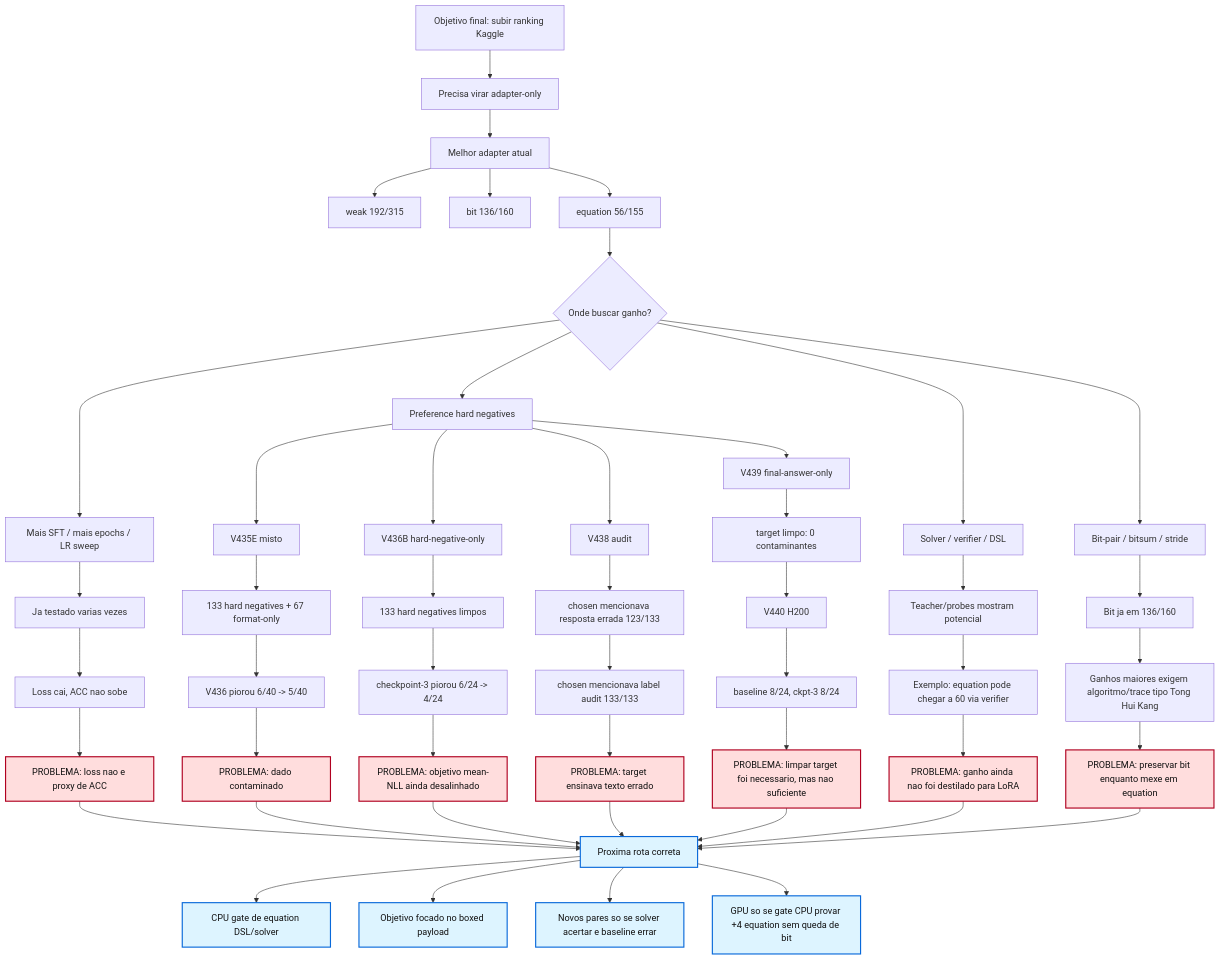
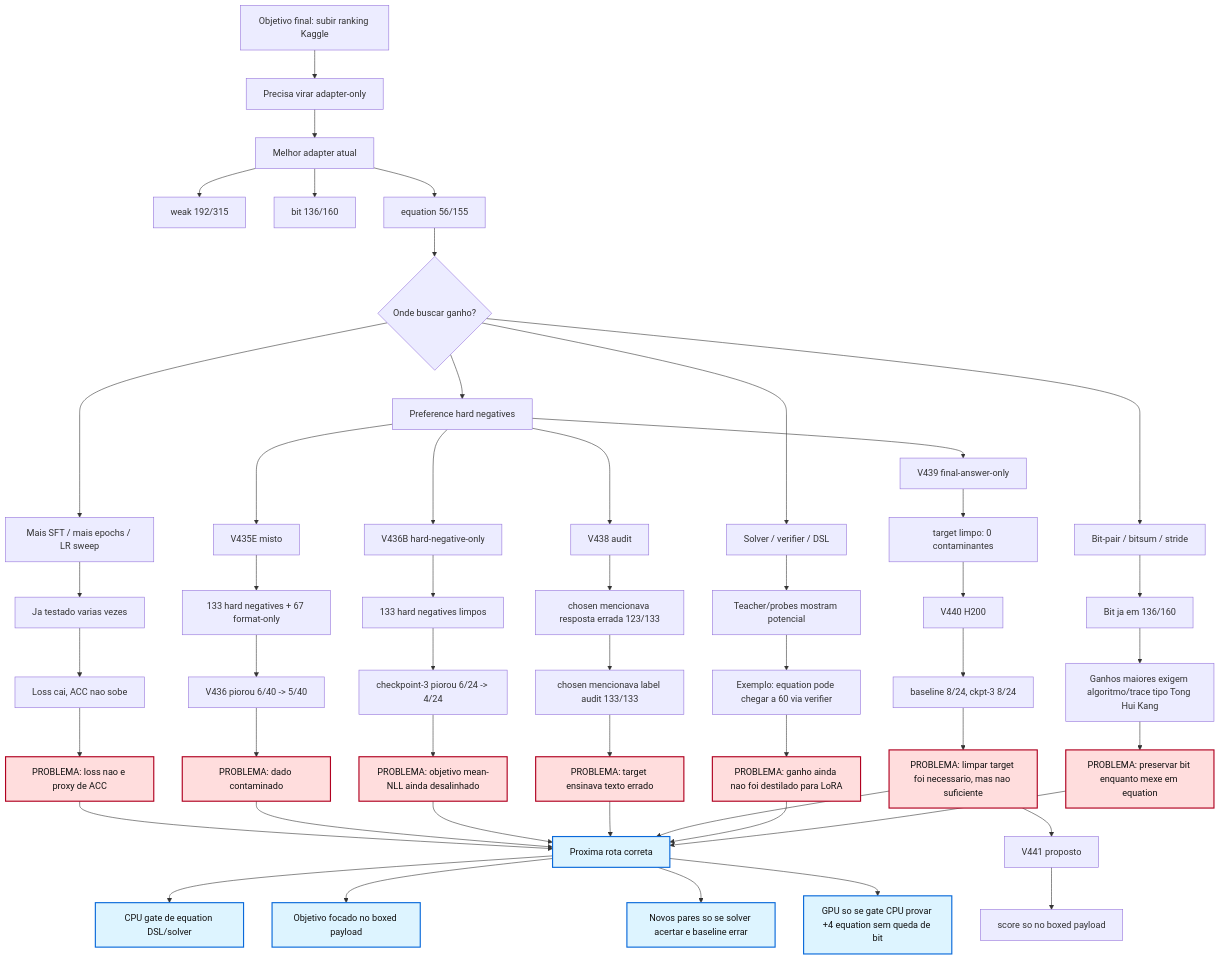
Before and after one commit to FELIPEACASTRO/KG1-NVIDIA: the second of 2 diagrams in artifacts/roadmaps/KG1_PROBLEM_MAP_2026_05_15.md, drawn with Mermaid. The commit also changed other lines of this file and 11 other files, not shown here.

Commit message:
Add V441 boxed payload preference smoke

````diff
--- a/artifacts/roadmaps/KG1_PROBLEM_MAP_2026_05_15.md
+++ b/artifacts/roadmaps/KG1_PROBLEM_MAP_2026_05_15.md
@@ -72,65 +75,67 @@
 ```mermaid
 flowchart TD
   A[Objetivo final: subir ranking Kaggle] --> B[Precisa virar adapter-only]
   B --> C[Melhor adapter atual]
   C --> C1[weak 192/315]
   C --> C2[bit 136/160]
   C --> C3[equation 56/155]
 
   C3 --> D{Onde buscar ganho?}
   D --> E[Mais SFT / mais epochs / LR sweep]
   D --> F[Preference hard negatives]
   D --> G[Solver / verifier / DSL]
   D --> H[Bit-pair / bitsum / stride]
 
   E --> E1[Ja testado varias vezes]
   E1 --> E2[Loss cai, ACC nao sobe]
   E2 --> P1[PROBLEMA: loss nao e proxy de ACC]
 
   F --> F1[V435E misto]
   F1 --> F2[133 hard negatives + 67 format-only]
   F2 --> F3[V436 piorou 6/40 -> 5/40]
   F3 --> P2[PROBLEMA: dado contaminado]
 
   F --> F4[V436B hard-negative-only]
   F4 --> F5[133 hard negatives limpos]
   F5 --> F6[checkpoint-3 piorou 6/24 -> 4/24]
   F6 --> P3[PROBLEMA: objetivo mean-NLL ainda desalinhado]
 
   F --> F7[V438 audit]
   F7 --> F8[chosen mencionava resposta errada 123/133]
   F8 --> F9[chosen mencionava label audit 133/133]
   F9 --> P4[PROBLEMA: target ensinava texto errado]
 
   F --> F10[V439 final-answer-only]
   F10 --> F11[target limpo: 0 contaminantes]
   F11 --> F12[V440 H200]
   F12 --> F13[baseline 8/24, ckpt-3 8/24]
   F13 --> P5[PROBLEMA: limpar target foi necessario, mas nao suficiente]
+  P5 --> F14[V441 proposto]
+  F14 --> F15[score so no boxed payload]
 
   G --> G1[Teacher/probes mostram potencial]
   G1 --> G2[Exemplo: equation pode chegar a 60 via verifier]
   G2 --> P6[PROBLEMA: ganho ainda nao foi destilado para LoRA]
 
   H --> H1[Bit ja em 136/160]
   H1 --> H2[Ganhos maiores exigem algoritmo/trace tipo Tong Hui Kang]
   H2 --> P7[PROBLEMA: preservar bit enquanto mexe em equation]
 
   P1 --> R[Proxima rota correta]
   P2 --> R
   P3 --> R
   P4 --> R
   P5 --> R
   P6 --> R
   P7 --> R
 
   R --> R1[CPU gate de equation DSL/solver]
   R --> R2[Objetivo focado no boxed payload]
   R --> R3[Novos pares so se solver acertar e baseline errar]
   R --> R4[GPU so se gate CPU provar +4 equation sem queda de bit]
 
   classDef problem fill:#ffdddd,stroke:#b00020,stroke-width:2px,color:#111;
   classDef route fill:#ddf4ff,stroke:#0969da,stroke-width:2px,color:#111;
   class P1,P2,P3,P4,P5,P6,P7 problem;
   class R,R1,R2,R3,R4 route;
 ```
````
